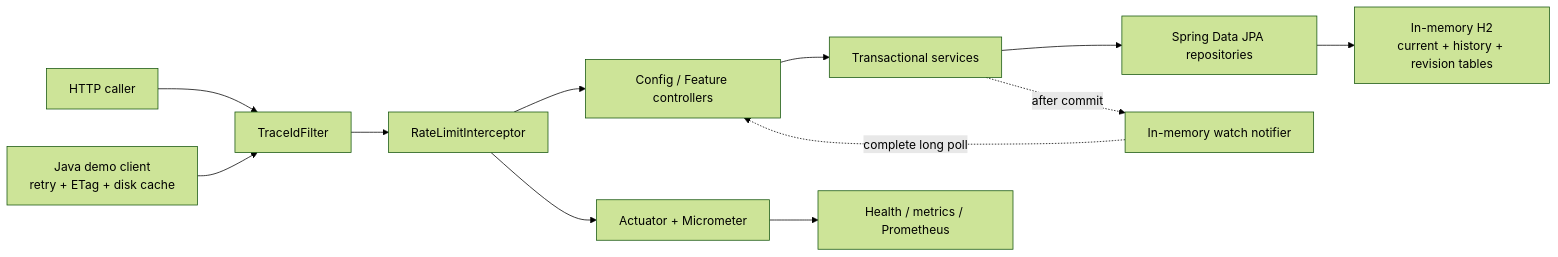
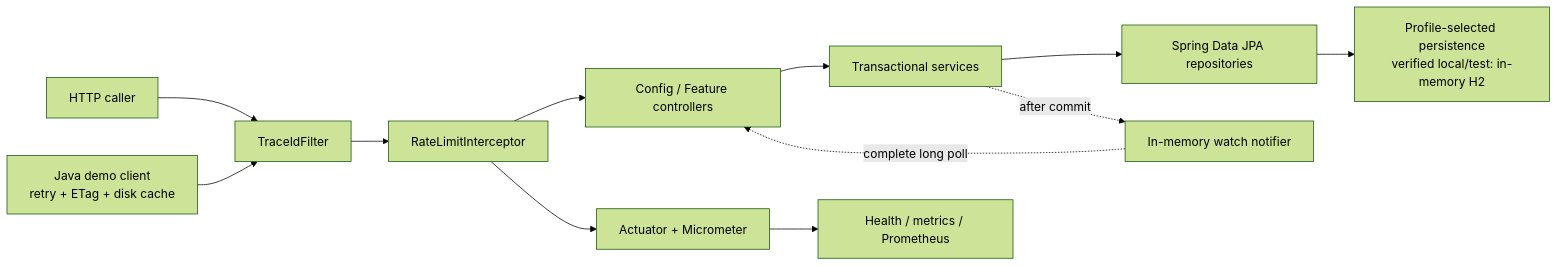
The diagram in README.md (MyKr-YSteinsK/config-center), drawn with Mermaid (forest theme) before and after one commit. The commit also changed other lines of this file and 14 other files, not shown here.

Commit message:
chore(config): split local mysql and test profiles

````diff
--- a/README.md
+++ b/README.md
@@ -21,14 +21,14 @@
 ```mermaid
 flowchart LR
     Caller["HTTP caller"] --> Trace["TraceIdFilter"]
     Demo["Java demo client\nretry + ETag + disk cache"] --> Trace
     Trace --> Rate["RateLimitInterceptor"]
     Rate --> Controllers["Config / Feature controllers"]
     Controllers --> Services["Transactional services"]
     Services --> Repositories["Spring Data JPA repositories"]
-    Repositories --> H2["In-memory H2\ncurrent + history + revision tables"]
+    Repositories --> H2["Profile-selected persistence\nverified local/test: in-memory H2"]
     Services -. "after commit" .-> Watch["In-memory watch notifier"]
     Watch -. "complete long poll" .-> Controllers
     Metrics["Actuator + Micrometer"] --> Registry["Health / metrics / Prometheus"]
     Rate --> Metrics
 ```
````
